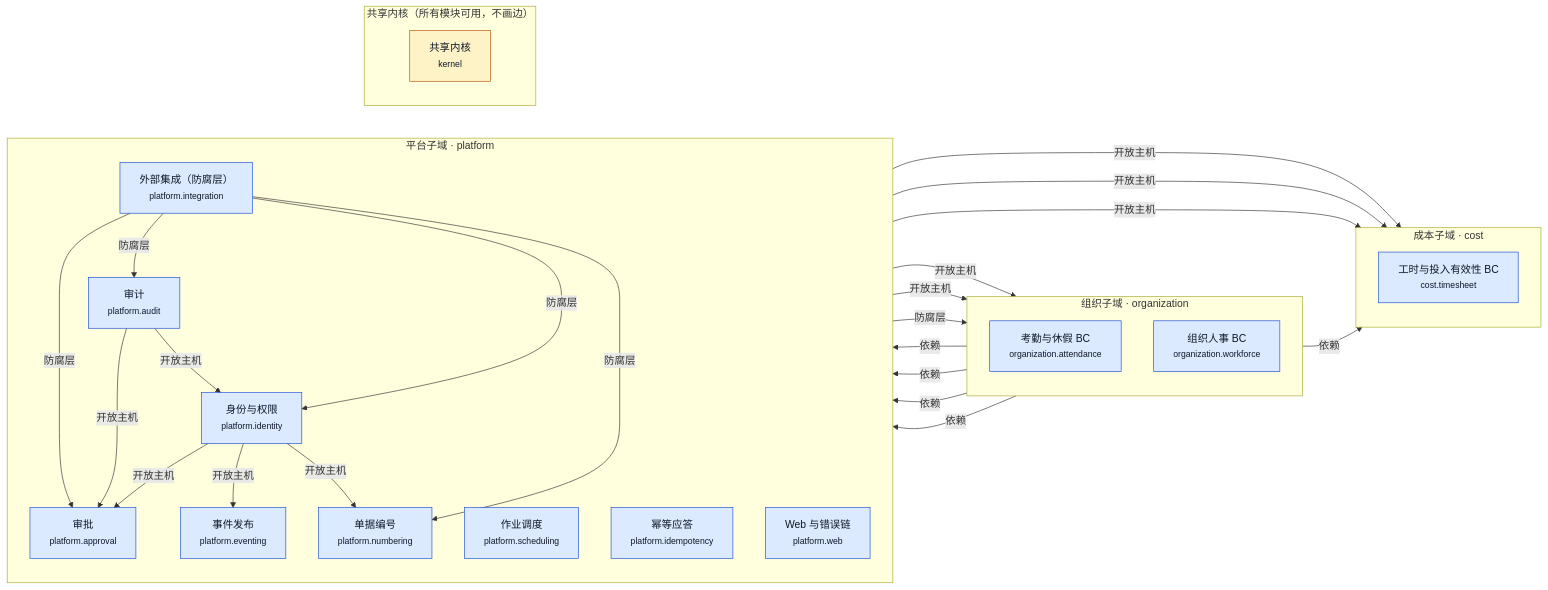
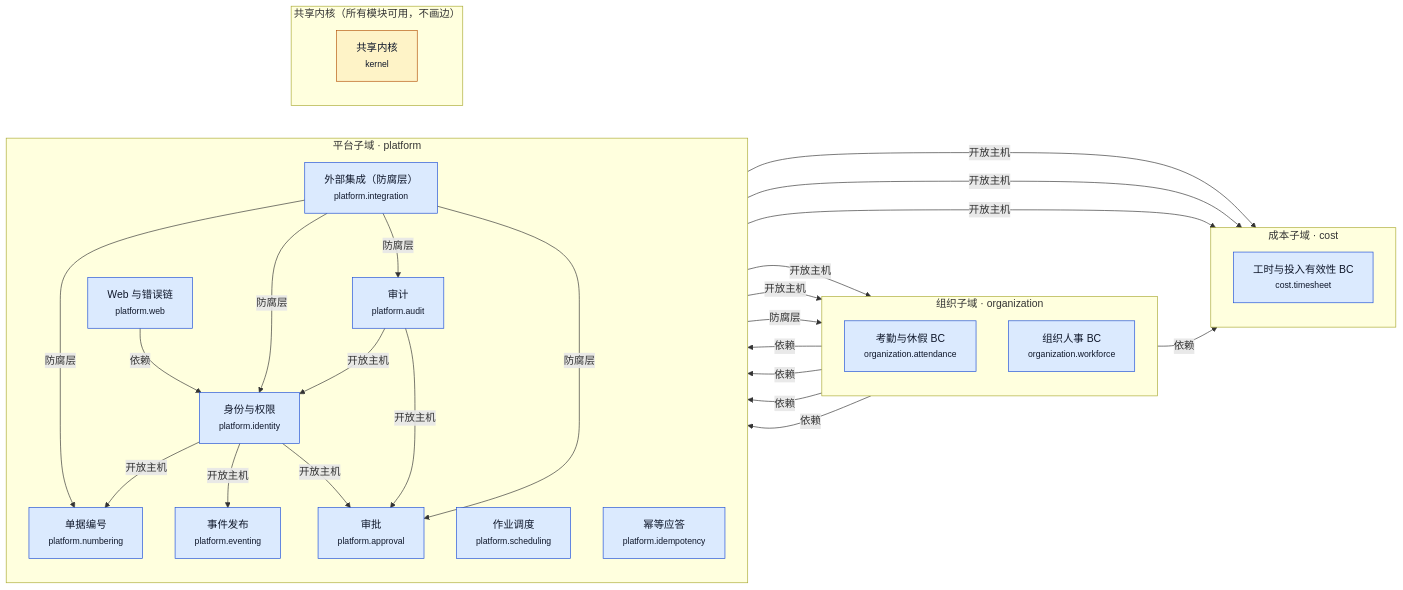
One commit to YeliangDu/forcitis-one-psa-codex-lab changed the diagram in docs/modernization/architecture/generated/1b-context-map.mmd. Above: the diagram before and after it, drawn with Mermaid. The commit also changed 15 other files, not shown here.

First line of the commit message:
docs(architecture): #222 复审修改——边校验与 A1 实现、删 data-objects 与作废确认页、README/DESIGN 改口径

```diff
--- a/docs/modernization/architecture/generated/1b-context-map.mmd
+++ b/docs/modernization/architecture/generated/1b-context-map.mmd
@@ -1,52 +1,53 @@
 %% 生成文件，勿手改：python3 architecture/build_architecture.py（源：ddd/*.yaml）
 flowchart LR
   classDef built fill:#dbeafe,stroke:#1d4ed8,color:#0f172a
   classDef planned fill:#f8fafc,stroke:#94a3b8,stroke-dasharray:4 3,color:#475569
   classDef kernel fill:#fef3c7,stroke:#b45309,color:#0f172a
   subgraph SD_cost["成本子域 · cost"]
     direction TB
     cost_timesheet["工时与投入有效性 BC<br/><small>cost.timesheet</small>"]
   end
   subgraph SD_organization["组织子域 · organization"]
     direction TB
     organization_attendance["考勤与休假 BC<br/><small>organization.attendance</small>"]
     organization_workforce["组织人事 BC<br/><small>organization.workforce</small>"]
   end
   subgraph SD_platform["平台子域 · platform"]
     direction TB
     platform_approval["审批<br/><small>platform.approval</small>"]
     platform_audit["审计<br/><small>platform.audit</small>"]
     platform_identity["身份与权限<br/><small>platform.identity</small>"]
     platform_integration["外部集成（防腐层）<br/><small>platform.integration</small>"]
     platform_numbering["单据编号<br/><small>platform.numbering</small>"]
     platform_scheduling["作业调度<br/><small>platform.scheduling</small>"]
     platform_idempotency["幂等应答<br/><small>platform.idempotency</small>"]
     platform_eventing["事件发布<br/><small>platform.eventing</small>"]
     platform_web["Web 与错误链<br/><small>platform.web</small>"]
   end
   subgraph SD_kernel["共享内核（所有模块可用，不画边）"]
     direction TB
     kernel["共享内核<br/><small>kernel</small>"]
   end
   organization_workforce -->|依赖| cost_timesheet
   platform_approval -->|开放主机| cost_timesheet
   platform_identity -->|开放主机| cost_timesheet
   platform_numbering -->|开放主机| cost_timesheet
   platform_audit -->|开放主机| organization_attendance
   platform_audit -->|开放主机| organization_workforce
   platform_integration -->|防腐层| organization_workforce
   platform_identity -->|开放主机| platform_approval
   organization_workforce -->|依赖| platform_approval
   platform_integration -->|防腐层| platform_approval
   platform_audit -->|开放主机| platform_approval
   organization_attendance -->|依赖| platform_approval
   platform_integration -->|防腐层| platform_audit
   platform_identity -->|开放主机| platform_eventing
   organization_workforce -->|依赖| platform_identity
   platform_integration -->|防腐层| platform_identity
   platform_audit -->|开放主机| platform_identity
   platform_identity -->|开放主机| platform_numbering
   organization_workforce -->|依赖| platform_numbering
   platform_integration -->|防腐层| platform_numbering
+  platform_web -->|依赖| platform_identity
   class cost_timesheet,organization_attendance,organization_workforce,platform_approval,platform_audit,platform_identity,platform_integration,platform_numbering,platform_scheduling,platform_idempotency,platform_eventing,platform_web built
   class kernel kernel
```
